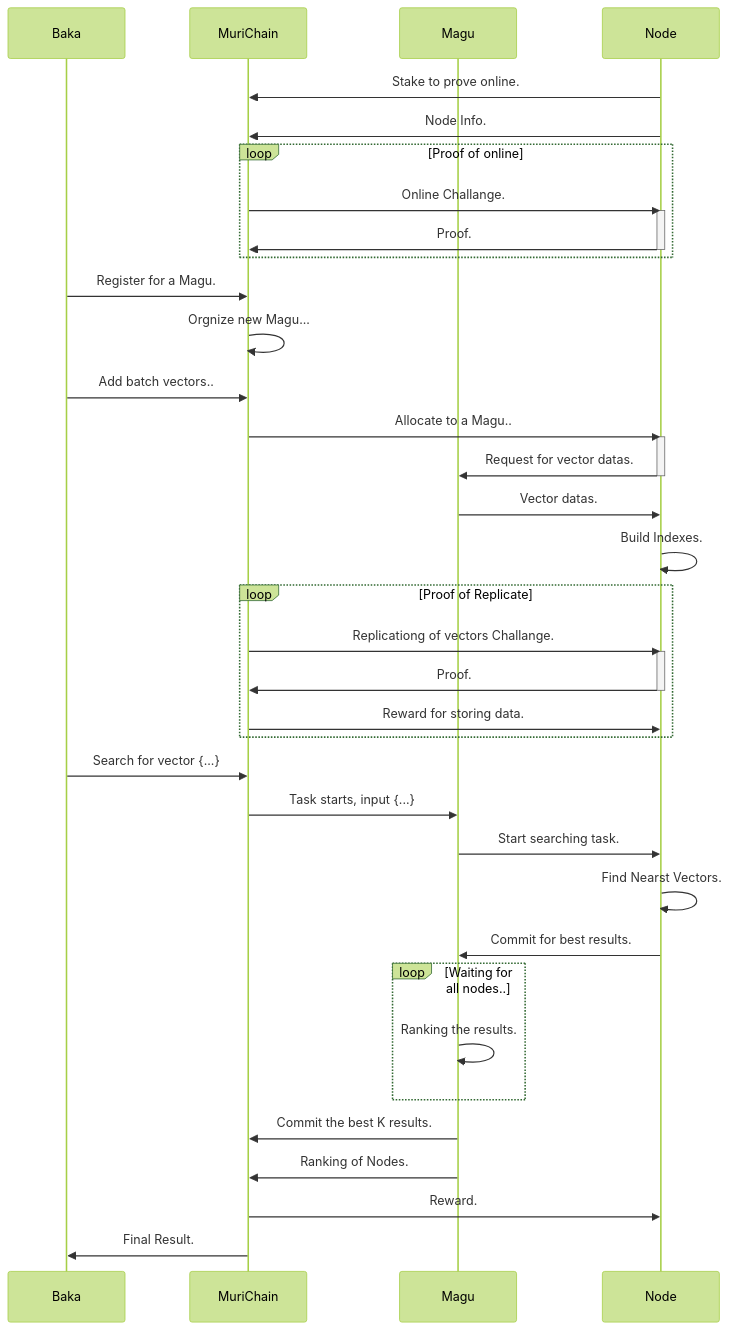
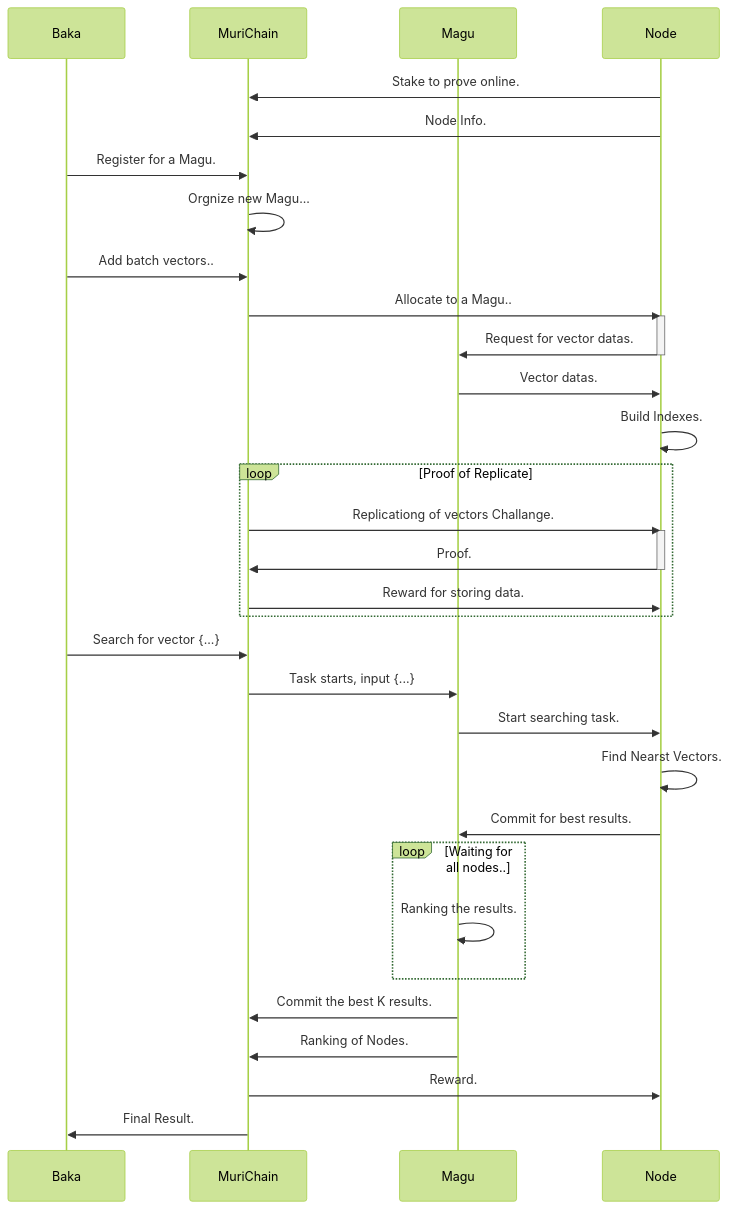
Before and after one commit to ShugetsuSoft/MuriData: the diagram in protocol/README.md, drawn with Mermaid (forest theme). The commit also changed other lines of this file and 1 other file, not shown here.

````diff
--- a/protocol/README.md
+++ b/protocol/README.md
@@ -83,52 +85,46 @@
 ```mermaid
 sequenceDiagram
 
 participant Baka
 participant MuriChain
 participant Magu
 participant Node
 
 Node ->> MuriChain : Stake to prove online.
 Node ->> MuriChain : Node Info.
-loop Proof of online
-MuriChain ->> Node : Online Challange.
-activate Node
-Node ->> MuriChain : Proof.
-deactivate Node
-end
 Baka ->> MuriChain : Register for a Magu.
 MuriChain ->> MuriChain : Orgnize new Magu...
 Baka ->> MuriChain : Add batch vectors..
 
 MuriChain ->> Node : Allocate to a Magu..
 activate Node
 Node ->> Magu : Request for vector datas.
 deactivate Node
 Magu ->> Node : Vector datas.
 Node ->> Node : Build Indexes.
 
 loop Proof of Replicate
 MuriChain ->> Node : Replicationg of vectors Challange.
 activate Node
 Node ->> MuriChain : Proof.
 deactivate Node
 MuriChain ->> Node: Reward for storing data.
 end
 
 
 Baka ->> MuriChain : Search for vector {...}
 MuriChain ->> Magu : Task starts, input {...}
 
 Magu ->> Node: Start searching task.
 Node ->> Node: Find Nearst Vectors.
 Node ->> Magu: Commit for best results.
 loop Waiting for all nodes..
 Magu ->> Magu : Ranking the results.
 end
 
 Magu ->> MuriChain: Commit the best K results.
 Magu ->> MuriChain: Ranking of Nodes.
 MuriChain ->> Node: Reward.
 
 MuriChain ->> Baka: Final Result.
 ```
````
